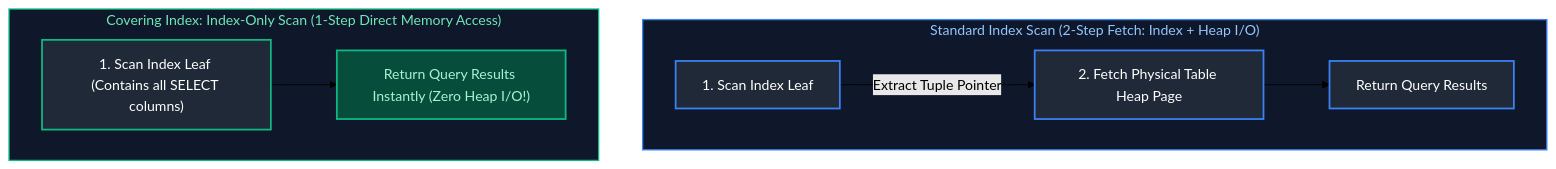
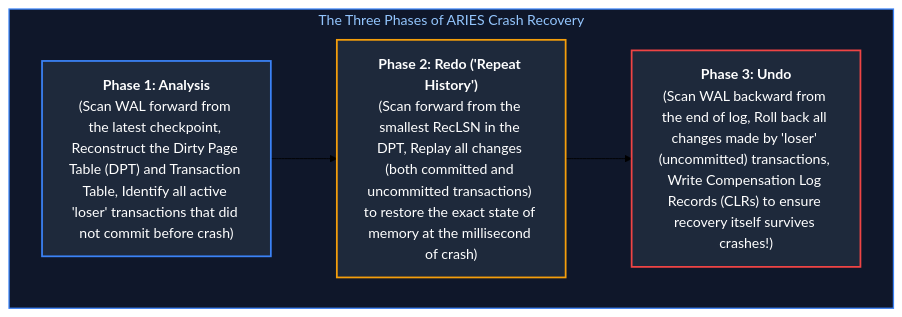
Diagram 11 of 23 in Data Engineering/04_database_internals_and_performance.md (joydeep-biswas/Interview-Preparation), drawn with Mermaid (forest theme) before and after one commit. The commit also changed other lines of this file and 143 other files, not shown here.

````diff
--- a/Data Engineering/04_database_internals_and_performance.md
+++ b/Data Engineering/04_database_internals_and_performance.md
@@ -785,22 +554,18 @@
 ```mermaid
-flowchart TD
-    subgraph StandardIndexScan ["Standard Index Scan (2-Step Fetch: Index + Heap I/O)"]
+flowchart LR
+    subgraph ARIES_Phases ["The Three Phases of ARIES Crash Recovery"]
         direction LR
-        I1["1. Scan Index Leaf"] -->|Extract Tuple Pointer| Heap["2. Fetch Physical Table Heap Page"]
-        Heap --> Result1["Return Query Results"]
+        P1["<b>Phase 1: Analysis</b><br/>(Scan WAL forward from the latest checkpoint, Reconstruct the Dirty Page Table (DPT) and Transaction Table, Identify all active 'loser' transactions that did not commit before crash)"]
+        
+        P2["<b>Phase 2: Redo ('Repeat History')</b><br/>(Scan forward from the smallest RecLSN in the DPT, Replay all changes (both committed and uncommitted transactions) to restore the exact state of memory at the millisecond of crash)"]
+        
+        P3["<b>Phase 3: Undo</b><br/>(Scan WAL backward from the end of log, Roll back all changes made by 'loser' (uncommitted) transactions, Write Compensation Log Records (CLRs) to ensure recovery itself survives crashes!)"]
     end
 
-    subgraph IndexOnlyScan ["Covering Index: Index-Only Scan (1-Step Direct Memory Access)"]
-        direction LR
-        I2["1. Scan Index Leaf (Contains all SELECT columns)"] --> Result2["Return Query Results Instantly (Zero Heap I/O!)"]
-    end
+    P1 --> P2 --> P3
 
-    style StandardIndexScan fill:#0f172a,stroke:#3b82f6,stroke-width:1.5px,color:#93c5fd
-    style IndexOnlyScan fill:#0f172a,stroke:#10b981,stroke-width:1.5px,color:#6ee7b7
-
-    style I1 fill:#1f2937,stroke:#3b82f6,stroke-width:2px,color:#fff
-    style Heap fill:#1f2937,stroke:#3b82f6,stroke-width:2px,color:#fff
-    style Result1 fill:#1f2937,stroke:#3b82f6,stroke-width:2px,color:#fff
-    style I2 fill:#1f2937,stroke:#10b981,stroke-width:2px,color:#fff
-    style Result2 fill:#064e3b,stroke:#10b981,stroke-width:2px,color:#a7f3d0
+    style ARIES_Phases fill:#0f172a,stroke:#3b82f6,stroke-width:1.5px,color:#93c5fd
+    style P1 fill:#1e293b,stroke:#3b82f6,stroke-width:2px,color:#fff
+    style P2 fill:#1e293b,stroke:#f59e0b,stroke-width:2px,color:#fff
+    style P3 fill:#1e293b,stroke:#ef4444,stroke-width:2px,color:#fff
 ```
````
